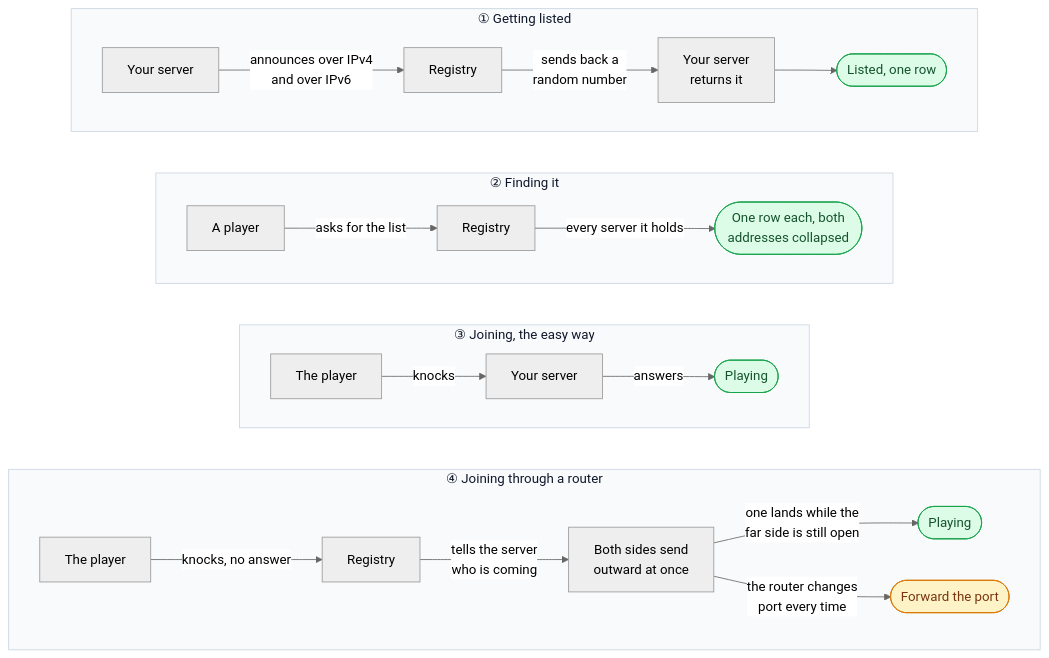
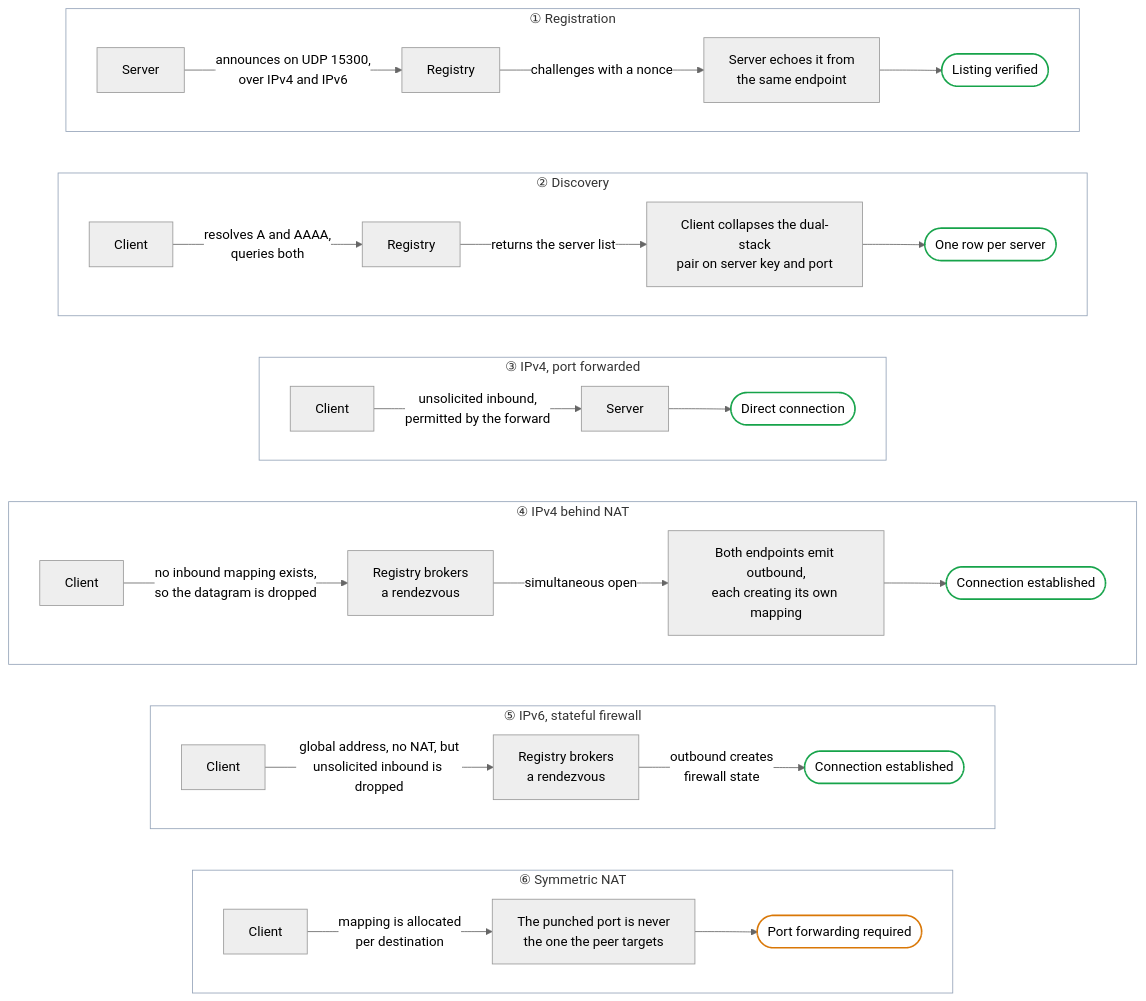
The diagram in README.server-registry.md (rc4l/ForkUnderA), drawn with Mermaid (neutral theme) before and after one commit.

Commit message:
Split the registry readme by network path

````diff
--- a/README.server-registry.md
+++ b/README.server-registry.md
@@ -5,44 +5,60 @@
 ```mermaid
 flowchart TB
 
-    subgraph L["① Getting listed"]
+    subgraph R["① Registration"]
         direction LR
-        L1["Your server"] -->|"announces over IPv4<br/>and over IPv6"| L2["Registry"]
-        L2 -->|"sends back a<br/>random number"| L3["Your server<br/>returns it"]
-        L3 --> L4(["Listed, one row"])
+        R1["Server"] -->|"announces on UDP 15300,<br/>over IPv4 and IPv6"| R2["Registry"]
+        R2 -->|"challenges with a nonce"| R3["Server echoes it from<br/>the same endpoint"]
+        R3 --> R4(["Listing verified"])
     end
 
-    subgraph F["② Finding it"]
+    subgraph Q["② Discovery"]
         direction LR
-        F1["A player"] -->|"asks for the list"| F2["Registry"]
-        F2 -->|"every server it holds"| F3(["One row each, both<br/>addresses collapsed"])
+        Q1["Client"] -->|"resolves A and AAAA,<br/>queries both"| Q2["Registry"]
+        Q2 -->|"returns the server list"| Q3["Client collapses the dual-stack<br/>pair on server key and port"]
+        Q3 --> Q4(["One row per server"])
     end
 
-    subgraph D["③ Joining, the easy way"]
+    subgraph A["③ IPv4, port forwarded"]
         direction LR
-        D1["The player"] -->|"knocks"| D2["Your server"]
-        D2 -->|"answers"| D3(["Playing"])
+        A1["Client"] -->|"unsolicited inbound,<br/>permitted by the forward"| A2["Server"]
+        A2 --> A3(["Direct connection"])
     end
 
-    subgraph P["④ Joining through a router"]
+    subgraph B["④ IPv4 behind NAT"]
         direction LR
-        P1["The player"] -->|"knocks, no answer"| P2["Registry"]
-        P2 -->|"tells the server<br/>who is coming"| P3["Both sides send<br/>outward at once"]
-        P3 -->|"one lands while the<br/>far side is still open"| P4(["Playing"])
-        P3 -->|"the router changes<br/>port every time"| P5(["Forward the port"])
+        B1["Client"] -->|"no inbound mapping exists,<br/>so the datagram is dropped"| B2["Registry brokers<br/>a rendezvous"]
+        B2 -->|"simultaneous open"| B3["Both endpoints emit outbound,<br/>each creating its own mapping"]
+        B3 --> B4(["Connection established"])
     end
 
-    L ~~~ F
-    F ~~~ D
-    D ~~~ P
+    subgraph C["⑤ IPv6, stateful firewall"]
+        direction LR
+        C1["Client"] -->|"global address, no NAT, but<br/>unsolicited inbound is dropped"| C2["Registry brokers<br/>a rendezvous"]
+        C2 -->|"outbound creates<br/>firewall state"| C3(["Connection established"])
+    end
 
-    classDef ok fill:#dcfce7,stroke:#16a34a,color:#14532d
-    classDef warn fill:#fef3c7,stroke:#d97706,color:#78350f
-    class L4,F3,D3,P4 ok
-    class P5 warn
+    subgraph S["⑥ Symmetric NAT"]
+        direction LR
+        S1["Client"] -->|"mapping is allocated<br/>per destination"| S2["The punched port is never<br/>the one the peer targets"]
+        S2 --> S3(["Port forwarding required"])
+    end
 
-    style L fill:#f8fafc,stroke:#cbd5e1,color:#0f172a
-    style F fill:#f8fafc,stroke:#cbd5e1,color:#0f172a
-    style D fill:#f8fafc,stroke:#cbd5e1,color:#0f172a
-    style P fill:#f8fafc,stroke:#cbd5e1,color:#0f172a
+    R ~~~ Q
+    Q ~~~ A
+    A ~~~ B
+    B ~~~ C
+    C ~~~ S
+
+    classDef ok fill:none,stroke:#16a34a,stroke-width:2px
+    classDef warn fill:none,stroke:#d97706,stroke-width:2px
+    class R4,Q4,A3,B4,C3 ok
+    class S3 warn
+
+    style R fill:none,stroke:#94a3b8
+    style Q fill:none,stroke:#94a3b8
+    style A fill:none,stroke:#94a3b8
+    style B fill:none,stroke:#94a3b8
+    style C fill:none,stroke:#94a3b8
+    style S fill:none,stroke:#94a3b8
 ```
````
